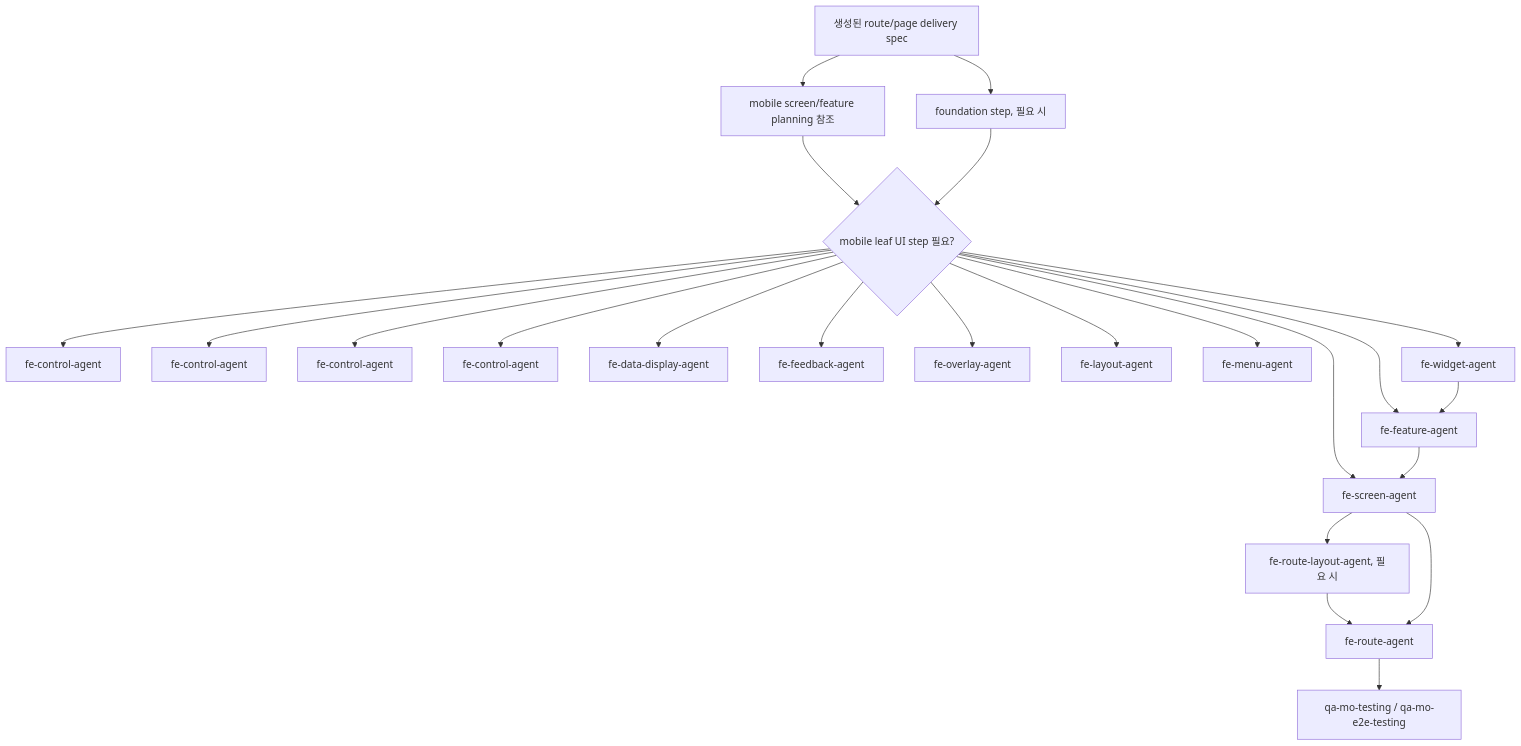
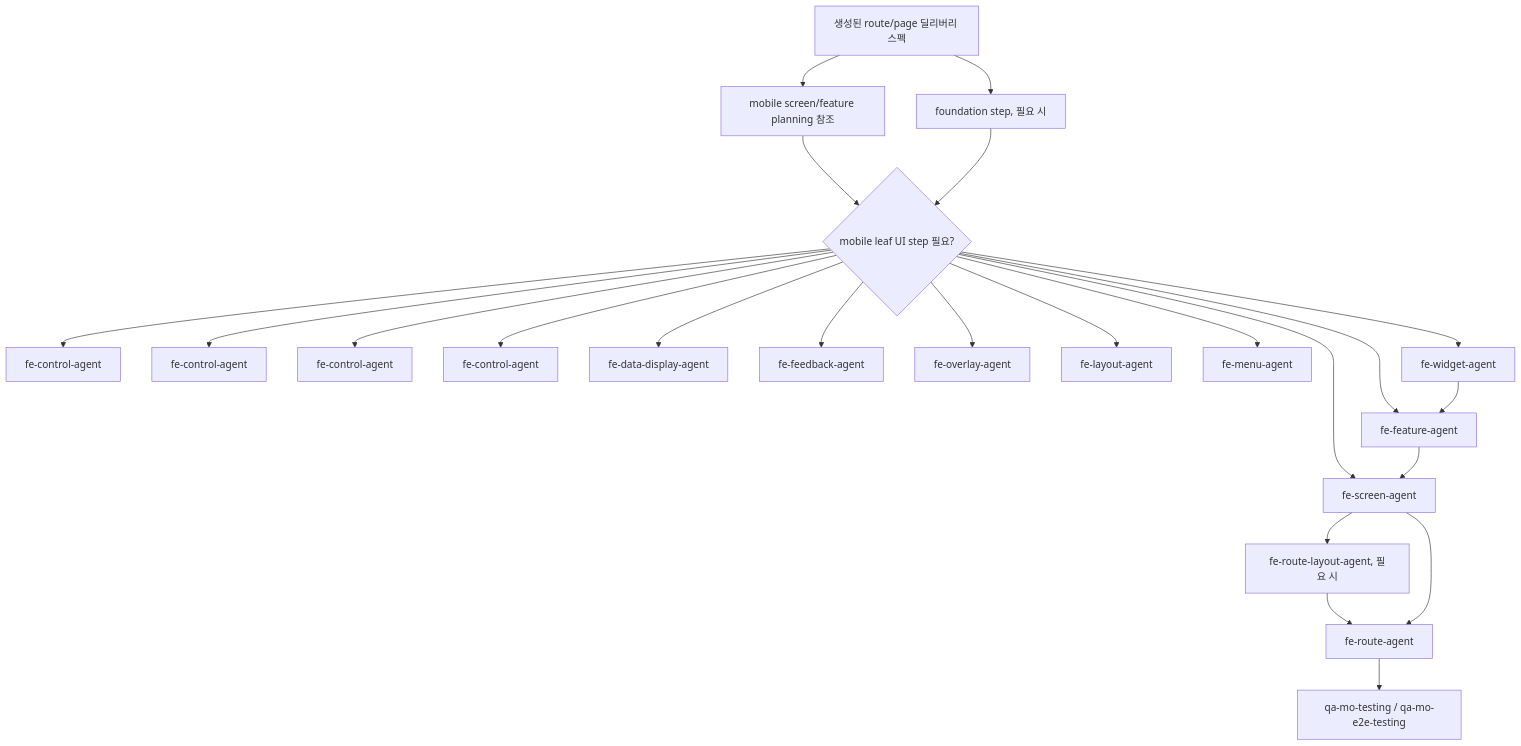
One commit to kimjoongwon/prj-core changed the sixth of 6 diagrams in docs/orchestration-agent-relationship-flow.md. Above: the diagram before and after it, drawn with Mermaid. The commit also changed other lines of this file and 214 other files, not shown here.

````diff
--- a/docs/orchestration-agent-relationship-flow.md
+++ b/docs/orchestration-agent-relationship-flow.md
@@ -277,25 +280,25 @@
 ```mermaid
 flowchart TD
-  Spec["생성된 route/page delivery spec"] --> Planning["mobile screen/feature planning 참조"]
+  Spec["생성된 route/page 딜리버리 스펙"] --> Planning["mobile screen/feature planning 참조"]
   Planning --> Leaf{"mobile leaf UI step 필요?"}
   Spec --> Foundation["foundation step, 필요 시"]
   Foundation --> Leaf
   Leaf --> Action["fe-control-agent"]
   Leaf --> Input["fe-control-agent"]
   Leaf --> Selection["fe-control-agent"]
   Leaf --> Navigation["fe-control-agent"]
   Leaf --> DataDisplay["fe-data-display-agent"]
   Leaf --> Feedback["fe-feedback-agent"]
   Leaf --> Overlay["fe-overlay-agent"]
   Leaf --> LayoutPrimitive["fe-layout-agent"]
   Leaf --> Menu["fe-menu-agent"]
   Leaf --> Widget["fe-widget-agent"]
   Leaf --> Feature["fe-feature-agent"]
   Leaf --> Screen["fe-screen-agent"]
   Widget --> Feature
   Feature --> Screen
   Screen --> Layout["fe-route-layout-agent, 필요 시"]
   Layout --> Route["fe-route-agent"]
   Screen --> Route
   Route --> QA["qa-mo-testing / qa-mo-e2e-testing"]
 ```
````
